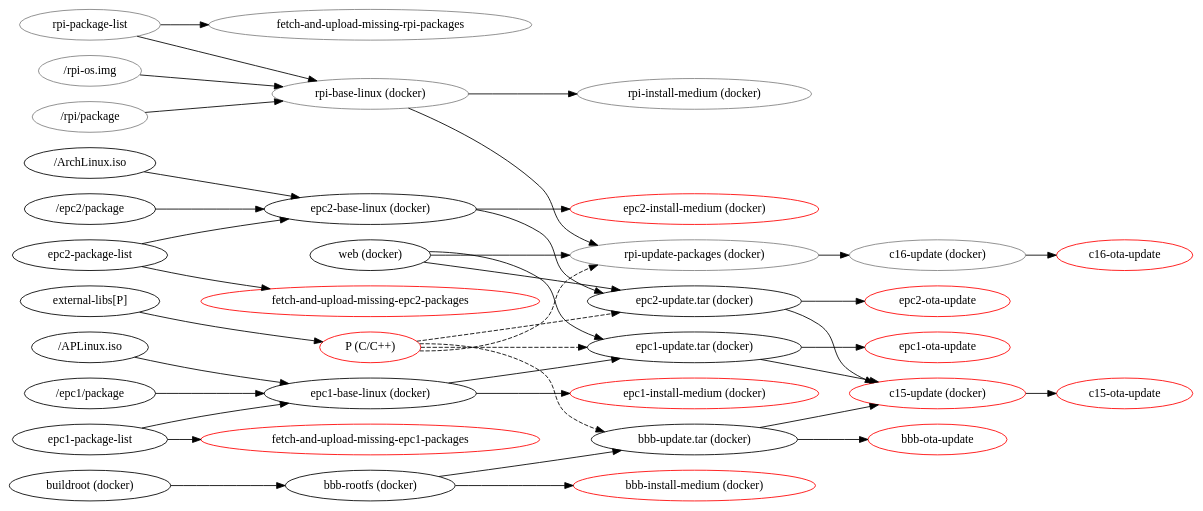
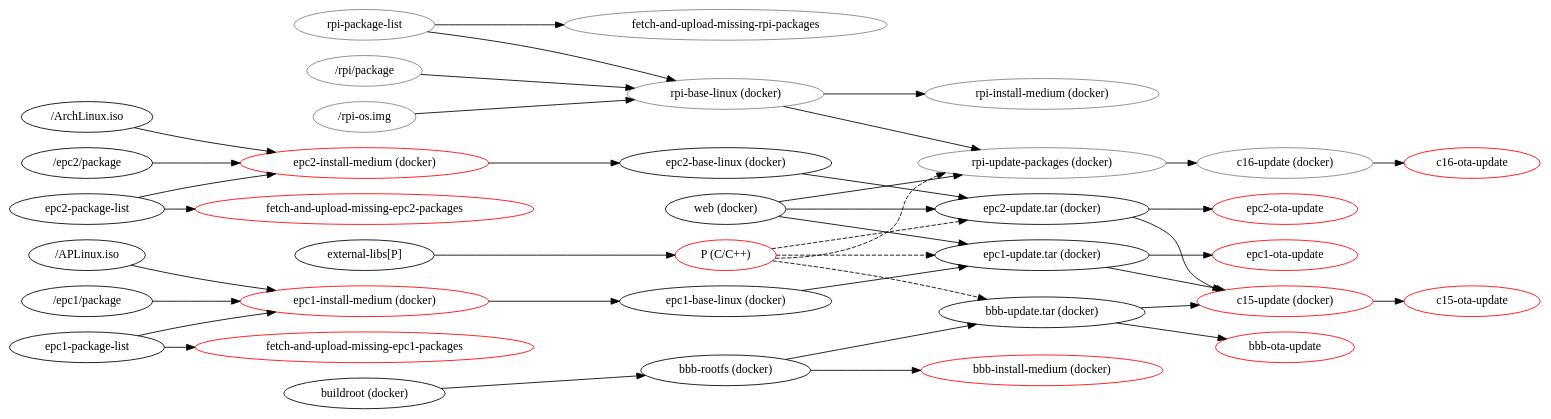
Before and after one commit to nonlinear-labs-dev/nl-firmware: the diagram in build-tools2/idea.dot, drawn with Graphviz. The commit also changed 14 other files, not shown here.

```diff
--- a/build-tools2/idea.dot
+++ b/build-tools2/idea.dot
@@ -1,78 +1,78 @@
 digraph {
   rankdir=LR;
 
   "P (C/C++)" [color = red]
   "c15-update (docker)" [color = red]
   "c16-update (docker)" [color = red]
   "fetch-and-upload-missing-epc1-packages" [color = red]
   "fetch-and-upload-missing-epc2-packages" [color = red]
   "fetch-and-upload-missing-rpi-packages" [color = red]
   "epc1-ota-update" [color = red]
   "epc2-ota-update" [color = red]
   "bbb-ota-update" [color = red]
   "c15-ota-update" [color = red]
   "c16-ota-update" [color = red]
   "epc1-install-medium (docker)" [color = red]
   "epc2-install-medium (docker)" [color = red]
   "bbb-install-medium (docker)" [color = red]
   
   "rpi-install-medium (docker)" [color = gray]
   "rpi-package-list" [color = gray]
   "rpi-base-linux (docker)" [color = gray]
   "fetch-and-upload-missing-rpi-packages" [color = gray]
   "/rpi-os.img"  [color = gray]
   "/rpi/package" [color = gray]
   "rpi-update-packages (docker)" [color = gray]
   "c16-update (docker)" [color = gray]
 
-  "/APLinux.iso" -> "epc1-base-linux (docker)"
-  "/epc1/package" -> "epc1-base-linux (docker)"
-  "epc1-package-list"-> "epc1-base-linux (docker)"
+  "/APLinux.iso" -> "epc1-install-medium (docker)"
+  "/epc1/package" -> "epc1-install-medium (docker)"
+  "epc1-package-list"-> "epc1-install-medium (docker)"
   "epc1-package-list" -> "fetch-and-upload-missing-epc1-packages"
 
-  "epc1-base-linux (docker)" -> "epc1-install-medium (docker)"
+  "epc1-install-medium (docker)" -> "epc1-base-linux (docker)"
   "epc1-base-linux (docker)" -> "epc1-update.tar (docker)"
   "epc1-update.tar (docker)" -> "c15-update (docker)"
 
-  "/ArchLinux.iso" -> "epc2-base-linux (docker)"
-  "/epc2/package" -> "epc2-base-linux (docker)"
-  "epc2-package-list"-> "epc2-base-linux (docker)"
+  "/ArchLinux.iso" -> "epc2-install-medium (docker)"
+  "/epc2/package" -> "epc2-install-medium (docker)"
+  "epc2-package-list"-> "epc2-install-medium (docker)"
   "epc2-package-list" -> "fetch-and-upload-missing-epc2-packages"
 
-  "epc2-base-linux (docker)" -> "epc2-install-medium (docker)"
+  "epc2-install-medium (docker)" -> "epc2-base-linux (docker)"
   "epc2-base-linux (docker)" -> "epc2-update.tar (docker)"
   "epc2-update.tar (docker)" -> "c15-update (docker)"
 
   "bbb-update.tar (docker)" -> "c15-update (docker)"
   "bbb-rootfs (docker)" -> "bbb-install-medium (docker)"
   "bbb-rootfs (docker)" -> "bbb-update.tar (docker)"
 
   "buildroot (docker)" -> "bbb-rootfs (docker)"
 
   "external-libs[P]" -> "P (C/C++)"
 
   "web (docker)" -> "epc1-update.tar (docker)"
   "web (docker)" -> "epc2-update.tar (docker)"
   "web (docker)" -> "rpi-update-packages (docker)"
 
   "P (C/C++)" -> "rpi-update-packages (docker)" [style=dashed]
   "rpi-package-list" -> "rpi-base-linux (docker)"
   "rpi-package-list" -> "fetch-and-upload-missing-rpi-packages"
   "/rpi-os.img" -> "rpi-base-linux (docker)"
   "/rpi/package" -> "rpi-base-linux (docker)"
   "rpi-base-linux (docker)" -> "rpi-install-medium (docker)"
   "rpi-base-linux (docker)" -> "rpi-update-packages (docker)"
   "rpi-update-packages (docker)" -> "c16-update (docker)"
 
   "P (C/C++)" -> "epc1-update.tar (docker)" [style=dashed]
   "P (C/C++)" -> "epc2-update.tar (docker)" [style=dashed]
   "P (C/C++)" -> "bbb-update.tar (docker)" [style=dashed]
 
   "c15-update (docker)" -> "c15-ota-update"
   "c16-update (docker)" -> "c16-ota-update"
  
   "epc1-update.tar (docker)" -> "epc1-ota-update"
   "epc2-update.tar (docker)" -> "epc2-ota-update"
   "bbb-update.tar (docker)" -> "bbb-ota-update"
 }
 # packages fetchen
```
